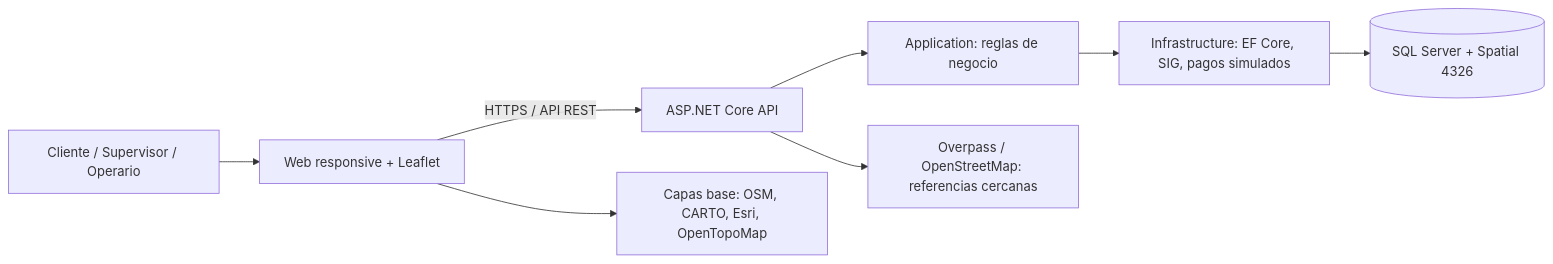
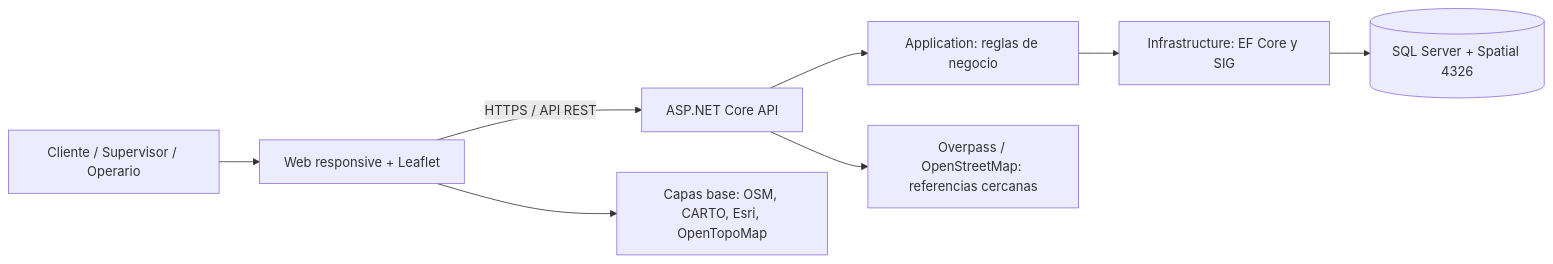
Before and after one commit to juancarlosperezarauco-hue/aguacontrol: the first of 3 diagrams in AquaControl/docs/01_Arquitectura_y_Diagramas.md, drawn with Mermaid. The commit also changed other lines of this file and 21 other files, not shown here.

````diff
--- a/AquaControl/docs/01_Arquitectura_y_Diagramas.md
+++ b/AquaControl/docs/01_Arquitectura_y_Diagramas.md
@@ -5,10 +5,10 @@
 ```mermaid
 flowchart LR
   U[Cliente / Supervisor / Operario] --> W[Web responsive + Leaflet]
   W -->|HTTPS / API REST| A[ASP.NET Core API]
   A --> AP[Application: reglas de negocio]
-  AP --> IN[Infrastructure: EF Core, SIG, pagos simulados]
+  AP --> IN[Infrastructure: EF Core y SIG]
   IN --> SQL[(SQL Server + Spatial 4326)]
   A --> OSM[Overpass / OpenStreetMap: referencias cercanas]
   W --> T[Capas base: OSM, CARTO, Esri, OpenTopoMap]
 ```
````
